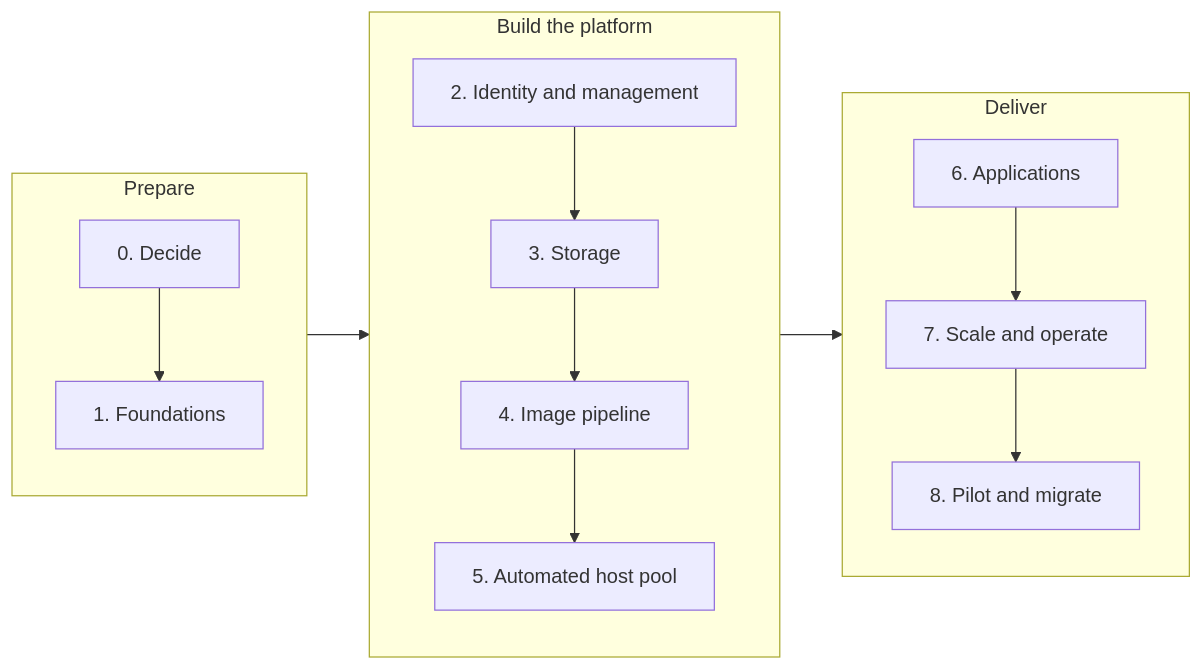
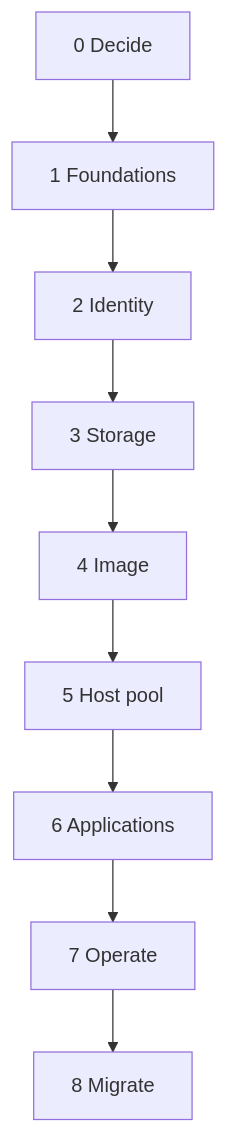
Before and after one commit to marckean/AVD-Reference_Architecture: the first of 2 diagrams in docs/getting-there/index.md, drawn with Mermaid. The commit also changed other lines of this file and 125 other files, not shown here.

````diff
--- a/docs/getting-there/index.md
+++ b/docs/getting-there/index.md
@@ -16,16 +21,11 @@
 ```mermaid
-flowchart LR
-    subgraph PREP["Prepare"]
-        direction TB
-        P0["0. Decide"] --> P1["1. Foundations"]
-    end
-    subgraph BUILD["Build the platform"]
-        direction TB
-        P2["2. Identity and management"] --> P3["3. Storage"] --> P4["4. Image pipeline"] --> P5["5. Automated host pool"]
-    end
-    subgraph DELIVER["Deliver"]
-        direction TB
-        P6["6. Applications"] --> P7["7. Scale and operate"] --> P8["8. Pilot and migrate"]
-    end
-    PREP --> BUILD --> DELIVER
+flowchart TB
+    P0["0 Decide"] --> P1["1 Foundations"]
+    P1 --> P2["2 Identity"]
+    P2 --> P3["3 Storage"]
+    P3 --> P4["4 Image"]
+    P4 --> P5["5 Host pool"]
+    P5 --> P6["6 Applications"]
+    P6 --> P7["7 Operate"]
+    P7 --> P8["8 Migrate"]
 ```
````
